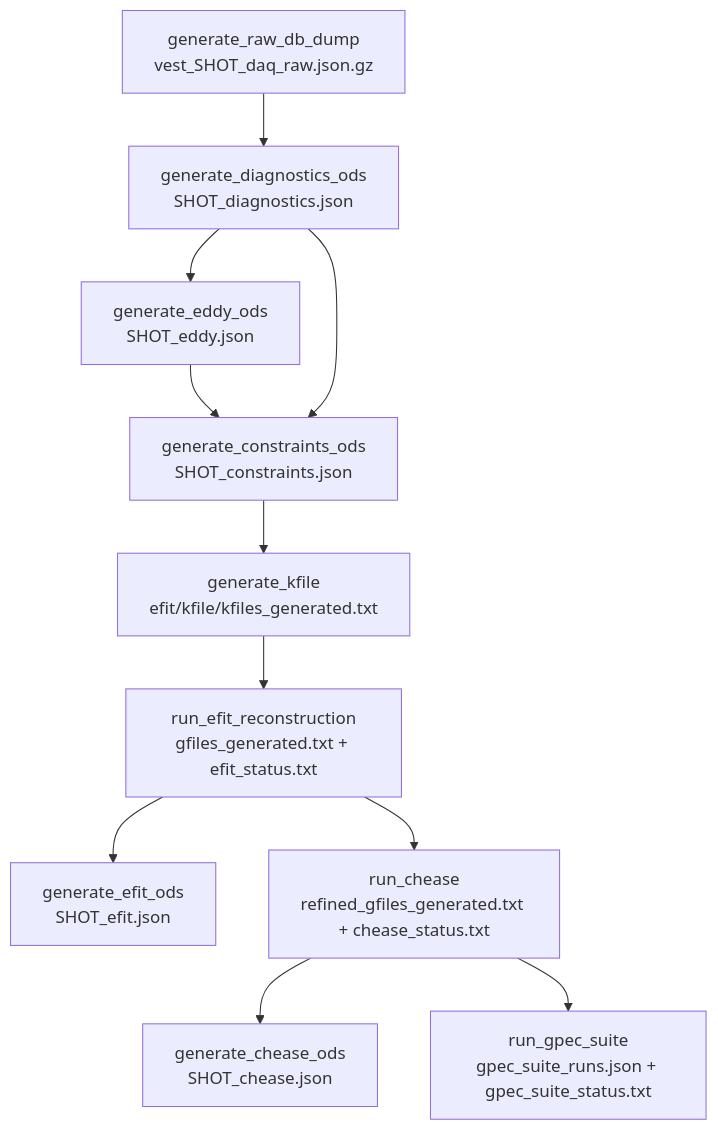
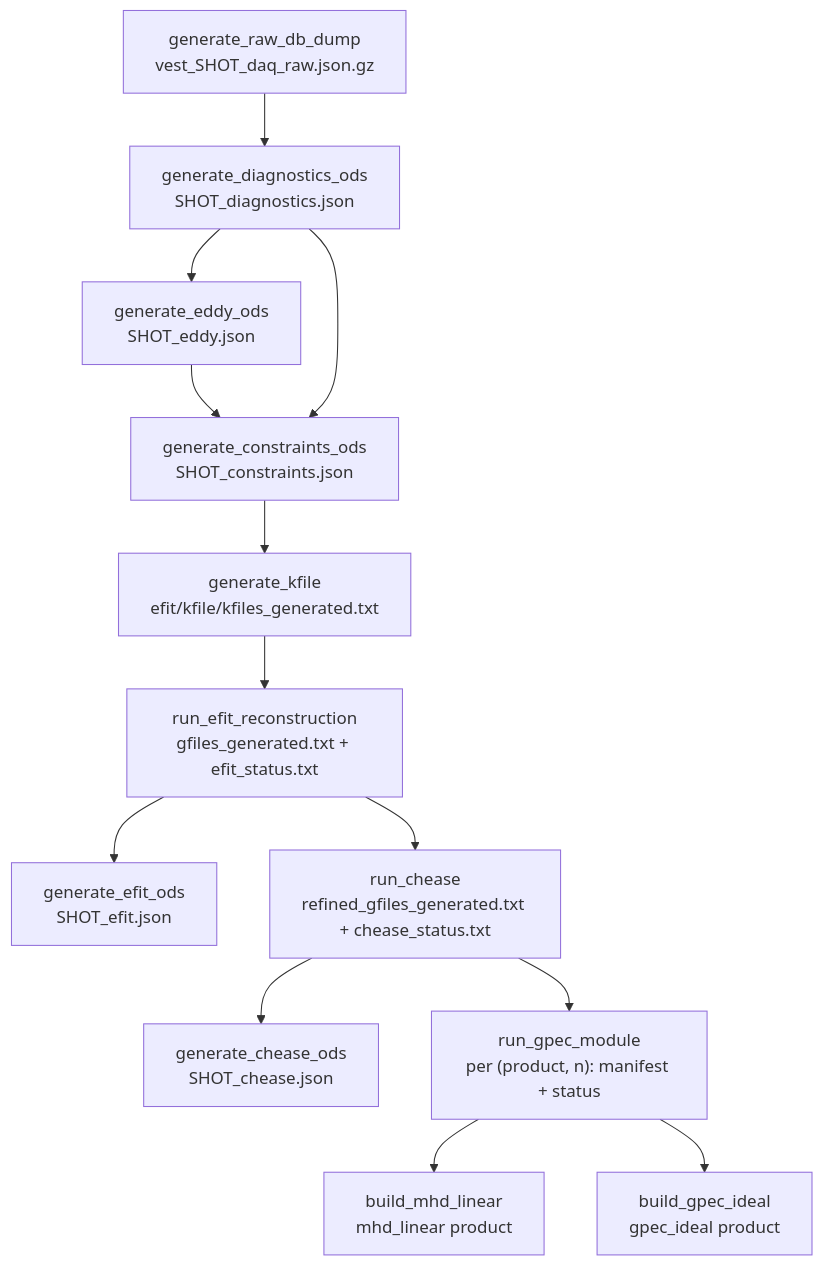
The diagram in docs/_guide/Pipelines.md (VEST-Tokamak/vaft), drawn with Mermaid before and after one commit. The commit also changed other lines of this file and 3 other files, not shown here.

````diff
--- a/docs/_guide/Pipelines.md
+++ b/docs/_guide/Pipelines.md
@@ -115,13 +114,15 @@
 ```mermaid
 flowchart TD
     A["generate_raw_db_dump<br/>vest_SHOT_daq_raw.json.gz"] --> B["generate_diagnostics_ods<br/>SHOT_diagnostics.json"]
     B --> C["generate_eddy_ods<br/>SHOT_eddy.json"]
     C --> D["generate_constraints_ods<br/>SHOT_constraints.json"]
     B --> D
     D --> E["generate_kfile<br/>efit/kfile/kfiles_generated.txt"]
     E --> F["run_efit_reconstruction<br/>gfiles_generated.txt + efit_status.txt"]
     F --> G["generate_efit_ods<br/>SHOT_efit.json"]
     F --> H["run_chease<br/>refined_gfiles_generated.txt + chease_status.txt"]
     H --> I["generate_chease_ods<br/>SHOT_chease.json"]
-    H --> J["run_gpec_suite<br/>gpec_suite_runs.json + gpec_suite_status.txt"]
+    H --> J["run_gpec_module<br/>per (product, n): manifest + status"]
+    J --> K["build_mhd_linear<br/>mhd_linear product"]
+    J --> L["build_gpec_ideal<br/>gpec_ideal product"]
 ```
````
